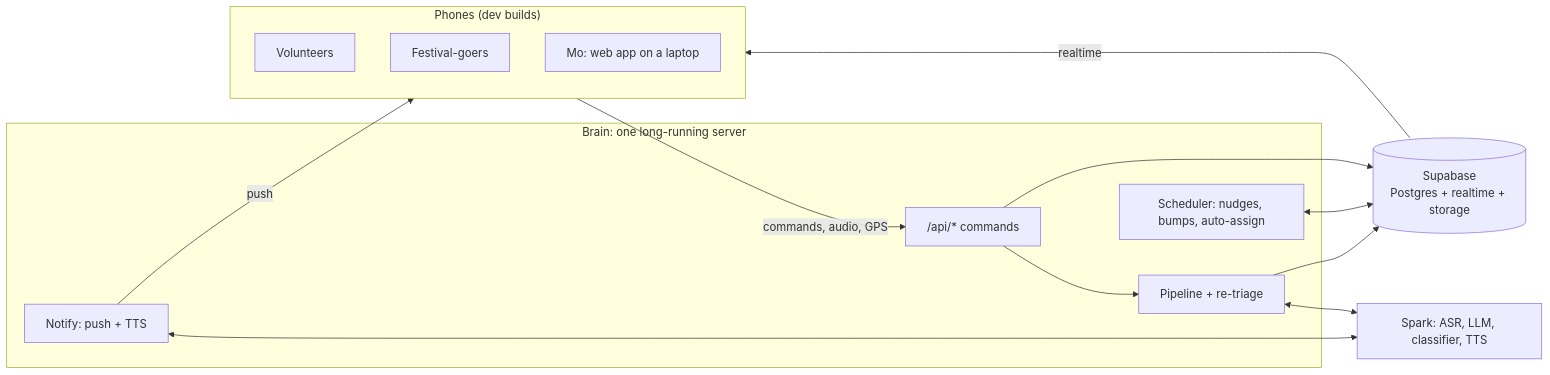
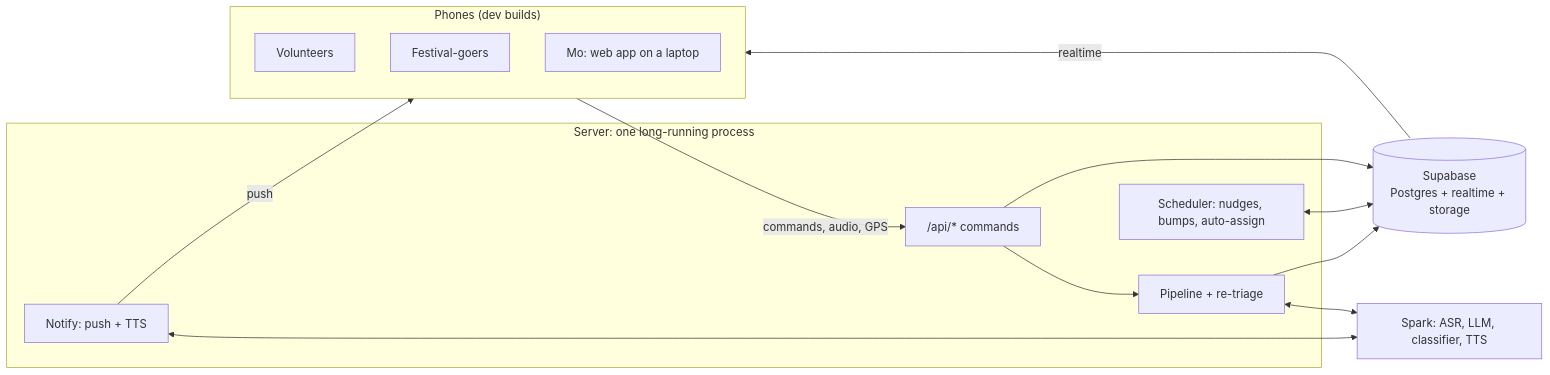
The diagram in docs/PLAN-LIVE.md (3Y1B/moloop), drawn with Mermaid before and after one commit. The commit also changed other lines of this file and 16 other files, not shown here.

````diff
--- a/docs/PLAN-LIVE.md
+++ b/docs/PLAN-LIVE.md
@@ -23,28 +23,28 @@
 ```mermaid
 flowchart LR
     subgraph PH["Phones (dev builds)"]
         VOL["Volunteers"]
         GOER["Festival-goers"]
         MO["Mo: web app on a laptop"]
     end
 
-    subgraph BRAIN["Brain: one long-running server"]
+    subgraph SERVER["Server: one long-running process"]
         API["/api/* commands"]
         PIPE["Pipeline + re-triage"]
         SCHED["Scheduler: nudges, bumps, auto-assign"]
         NOTIFY["Notify: push + TTS"]
     end
 
     SPARK["Spark: ASR, LLM, classifier, TTS"]
     DB[("Supabase<br/>Postgres + realtime + storage")]
 
     PH -->|"commands, audio, GPS"| API
     API --> PIPE
     PIPE <--> SPARK
     NOTIFY <--> SPARK
     API --> DB
     PIPE --> DB
     SCHED <--> DB
     DB -->|"realtime"| PH
     NOTIFY -->|"push"| PH
 ```
````
